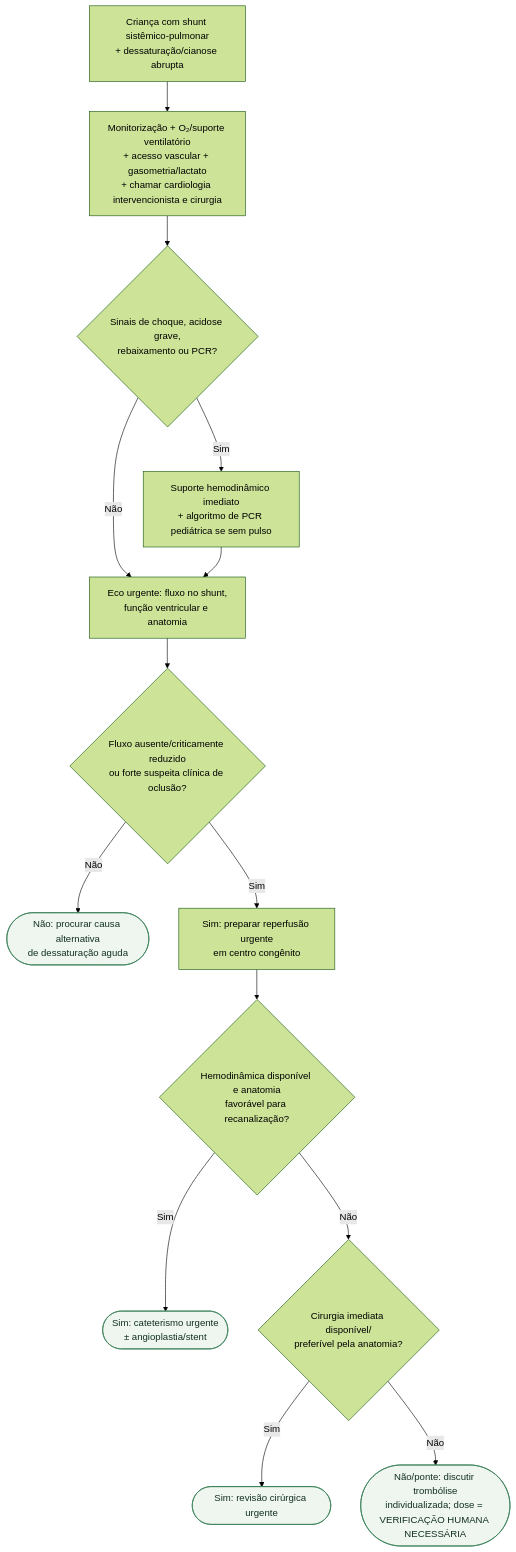
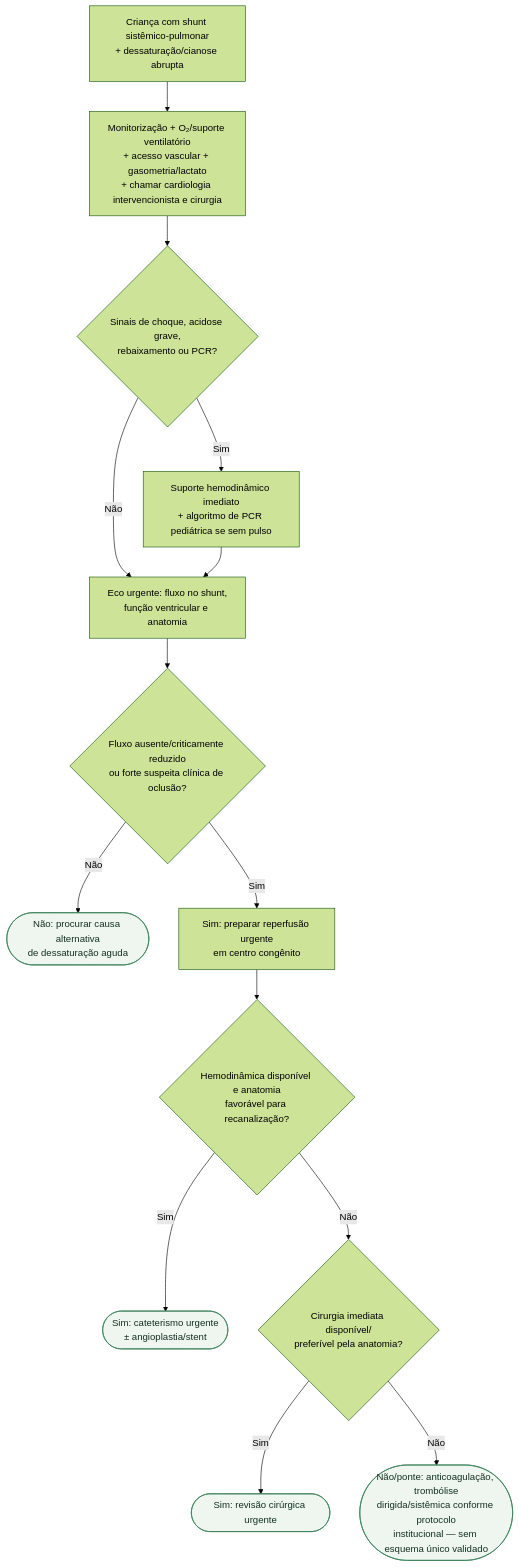
Before and after one commit to rafaelpaesmeirelles/MeuCardio: the diagram in content/Cardiologia_pediátrica/fluxograma-trombose-aguda-de-shunt-sistemico-pulmonar.md, drawn with Mermaid (forest theme). The commit also changed other lines of this file and 6 other files, not shown here.

First line of the commit message:
Lote 1B: resolve 4 das 8 ocorrências críticas de VERIFICAÇÃO HUMANA NECESSÁRIA (pediátrica)

````diff
--- a/content/Cardiologia_pediátrica/fluxograma-trombose-aguda-de-shunt-sistemico-pulmonar.md
+++ b/content/Cardiologia_pediátrica/fluxograma-trombose-aguda-de-shunt-sistemico-pulmonar.md
@@ -13,33 +14,33 @@
 ```mermaid
 flowchart TD
   R0["Criança com shunt sistêmico-pulmonar<br/>+ dessaturação/cianose abrupta"]
   P1["Monitorização + O₂/suporte ventilatório<br/>+ acesso vascular + gasometria/lactato<br/>+ chamar cardiologia intervencionista e cirurgia"]
   D1{"Sinais de choque, acidose grave,<br/>rebaixamento ou PCR?"}
   P2["Suporte hemodinâmico imediato<br/>+ algoritmo de PCR pediátrica se sem pulso"]
   P3["Eco urgente: fluxo no shunt,<br/>função ventricular e anatomia"]
   D2{"Fluxo ausente/criticamente reduzido<br/>ou forte suspeita clínica de oclusão?"}
   C1(["Não: procurar causa alternativa<br/>de dessaturação aguda"])
   P4["Sim: preparar reperfusão urgente<br/>em centro congênito"]
   D3{"Hemodinâmica disponível e anatomia<br/>favorável para recanalização?"}
   C2(["Sim: cateterismo urgente<br/>± angioplastia/stent"])
   D4{"Cirurgia imediata disponível/<br/>preferível pela anatomia?"}
   C3(["Sim: revisão cirúrgica urgente"])
-  C4(["Não/ponte: discutir trombólise<br/>individualizada; dose = VERIFICAÇÃO HUMANA NECESSÁRIA"])
+  C4(["Não/ponte: anticoagulação, trombólise<br/>dirigida/sistêmica conforme protocolo<br/>institucional — sem esquema único validado"])
 
   R0 --> P1
   P1 --> D1
   D1 -->|"Sim"| P2
   D1 -->|"Não"| P3
   P2 --> P3
   P3 --> D2
   D2 -->|"Não"| C1
   D2 -->|"Sim"| P4
   P4 --> D3
   D3 -->|"Sim"| C2
   D3 -->|"Não"| D4
   D4 -->|"Sim"| C3
   D4 -->|"Não"| C4
 
   classDef conduta fill:#eef6ef,stroke:#2f7a4f,color:#12301f;
   class C1,C2,C3,C4 conduta;
 ```
````
